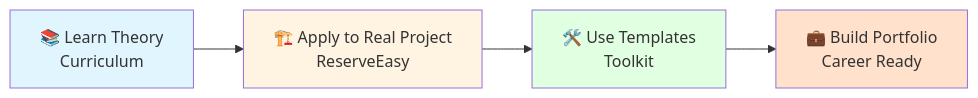
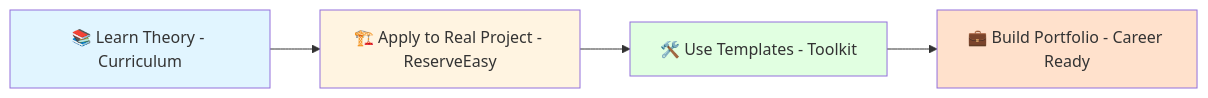
One commit to codezelaca/pm-ba-lifecycle changed the first of 3 diagrams in README.md. Above: the diagram before and after it, drawn with Mermaid. The commit also changed other lines of this file and 11 other files, not shown here.

Commit message:
docs: standardize multi-line text formatting in diagrams and tables by replacing HTML line breaks with hyphens.

````diff
--- a/README.md
+++ b/README.md
@@ -18,11 +18,11 @@
 ```mermaid
 graph LR
-    A[📚 Learn Theory<br/>Curriculum] --> B[🏗️ Apply to Real Project<br/>ReserveEasy]
-    B --> C[🛠️ Use Templates<br/>Toolkit]
-    C --> D[💼 Build Portfolio<br/>Career Ready]
+    A[📚 Learn Theory - Curriculum] --> B[🏗️ Apply to Real Project - ReserveEasy]
+    B --> C[🛠️ Use Templates - Toolkit]
+    C --> D[💼 Build Portfolio - Career Ready]
 
     style A fill:#e1f5ff
     style B fill:#fff4e1
     style C fill:#e1ffe1
     style D fill:#ffe1cc
 ```
````
